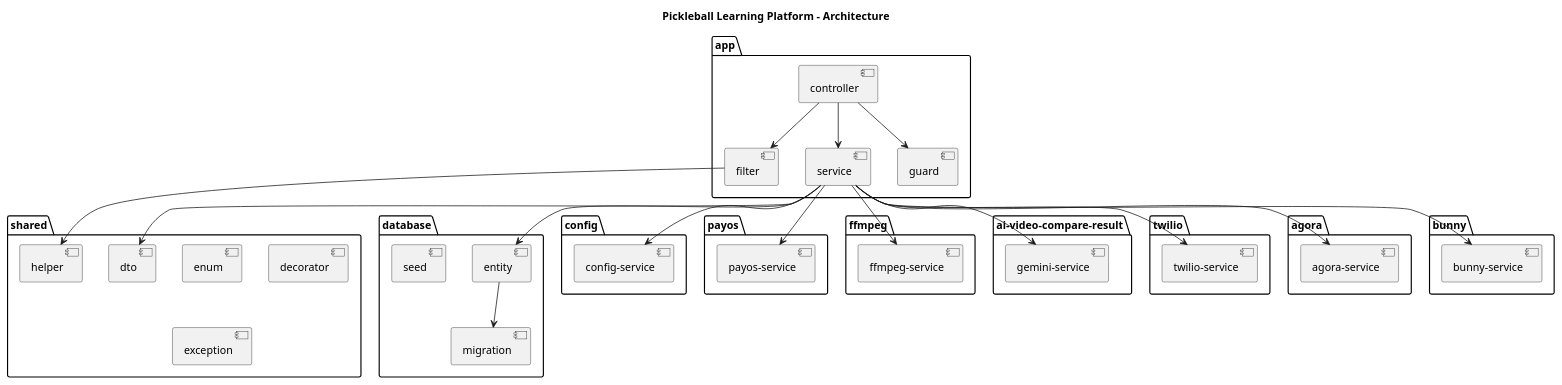
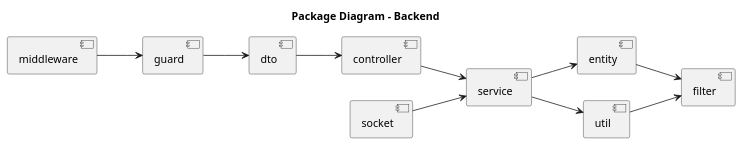
The diagram in diagrams/package/package-diagram.puml (gs4lthung/capstone-project-be), drawn with PlantUML before and after one commit. The commit also changed 39 other files, not shown here.

```diff
--- a/diagrams/package/package-diagram.puml
+++ b/diagrams/package/package-diagram.puml
@@ -1,68 +1,27 @@
 @startuml Pickleball Platform - Package Diagram
-title Pickleball Learning Platform - Architecture
+title Package Diagram - Backend
 
-package "app" {
-  [controller]
-  [service]
-  [filter]
-  [guard]
-}
+left to right direction
 
-package "shared" {
-  [dto]
-  [enum]
-  [decorator]
-  [exception]
-  [helper]
-}
+[middleware] as middleware
+[guard] as guard
+[dto] as dto
+[controller] as controller
+[socket] as socket
+[service] as service
+[entity] as entity
+[filter] as filter
+[util] as util
 
-package "database" {
-  [entity]
-  [migration]
-  [seed]
-}
+middleware --> guard
+guard --> dto
+dto --> controller
+controller --> service
+socket --> service
+service --> util
+service --> entity
+util --> filter
+entity --> filter
 
-package "config" {
-  [config-service]
-}
-
-package "payos" {
-  [payos-service]
-}
-
-package "ffmpeg" {
-  [ffmpeg-service]
-}
-
-package "ai-video-compare-result" {
-  [gemini-service]
-}
-
-package "twilio" {
-  [twilio-service]
-}
-
-package "agora" {
-  [agora-service]
-}
-
-package "bunny" {
-  [bunny-service]
-}
-
-[controller] --> [service]
-[controller] --> [guard]
-[controller] --> [filter]
-[service] --> [dto]
-[service] --> [entity]
-[service] --> [config-service]
-[service] --> [payos-service]
-[service] --> [ffmpeg-service]
-[service] --> [gemini-service]
-[service] --> [twilio-service]
-[service] --> [agora-service]
-[service] --> [bunny-service]
-[filter] --> [helper]
-[entity] --> [migration]
 
 @enduml
```
